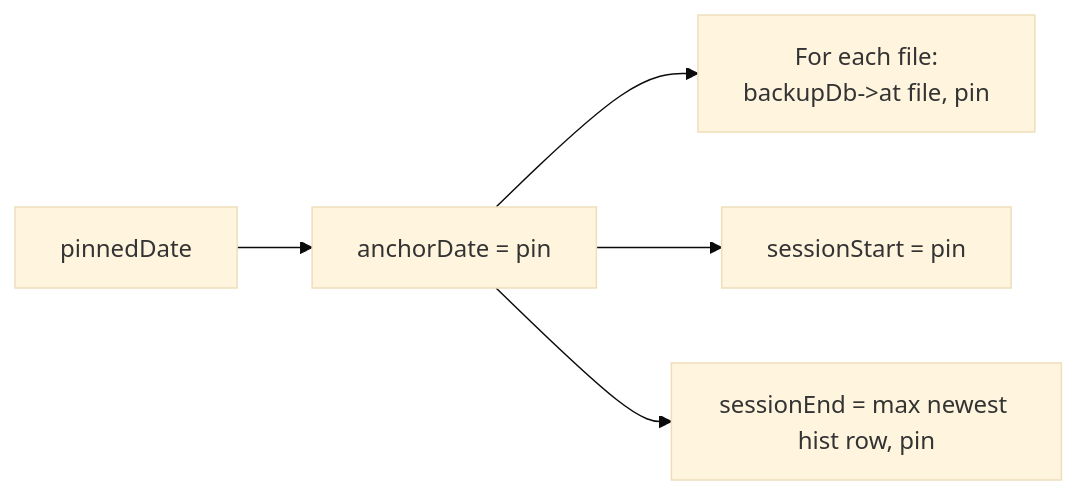
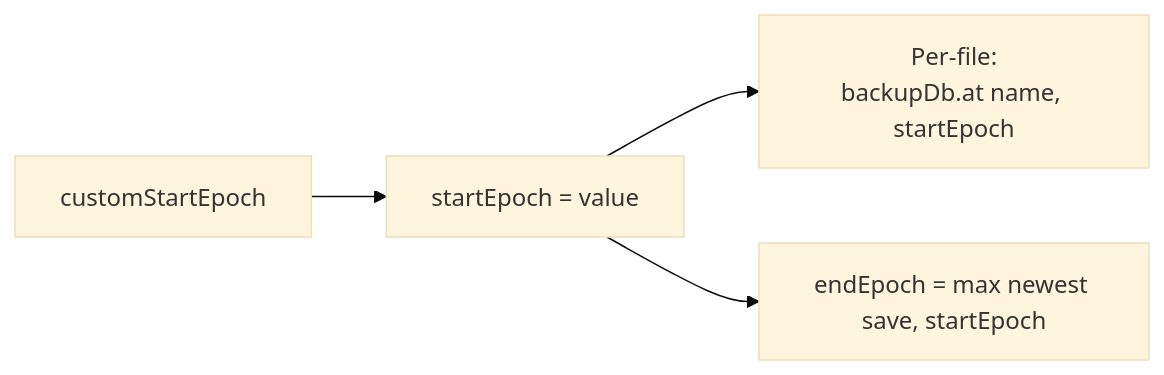
Before and after one commit to kaimeyerdev/d2rsave: the third of 6 diagrams in docs/session-logic.md, drawn with Mermaid (base theme). The commit also changed other lines of this file, not shown here.

First line of the commit message:
docs: rewrite session-logic.md around the [start, end] window model

````diff
--- a/docs/session-logic.md
+++ b/docs/session-logic.md
@@ -134,7 +84,6 @@
 ```mermaid
 flowchart LR
-    A[pinnedDate] --> B[anchorDate = pin]
-    B --> C[For each file:<br/>backupDb->at file, pin]
-    B --> D[sessionStart = pin]
-    B --> E[sessionEnd = max newest hist row, pin]
+    A[customStartEpoch] --> B[startEpoch = value]
+    B --> C[Per-file:<br/>backupDb.at name, startEpoch]
+    B --> D[endEpoch = max newest save, startEpoch]
 ```
````
